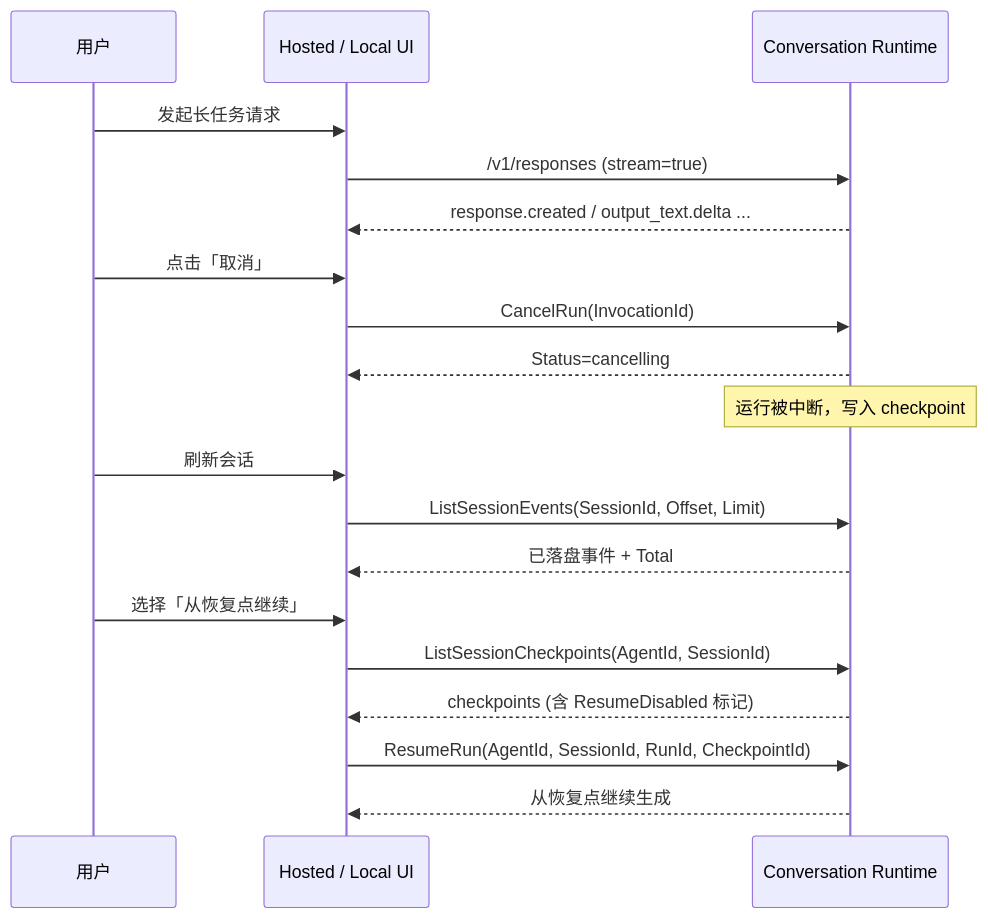
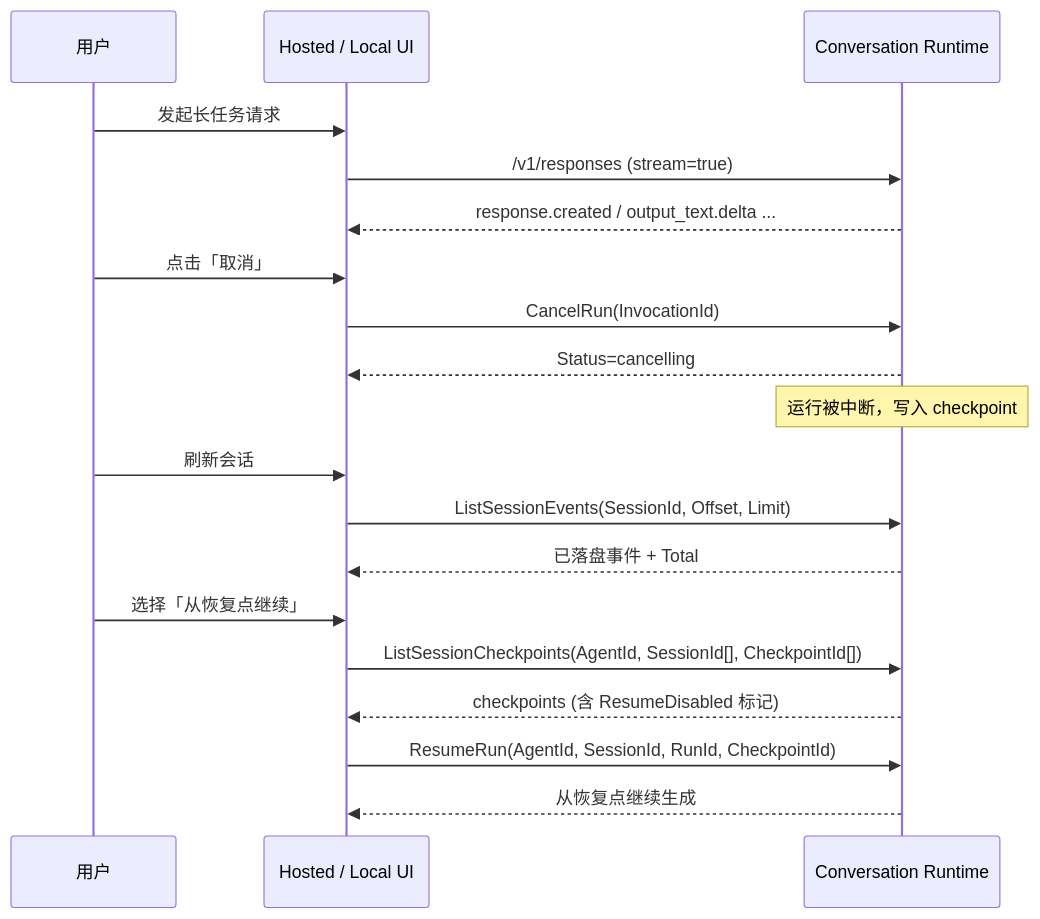
One commit to kingsoftcloud/ksadk-python changed the fourth of 4 diagrams in docs/guides/ksadk使用文档.md. Above: the diagram before and after it, drawn with Mermaid. The commit also changed other lines of this file and 10 other files, not shown here.

Commit message:
fix(session): stabilize bounded checkpoint scans

````diff
--- a/docs/guides/ksadk使用文档.md
+++ b/docs/guides/ksadk使用文档.md
@@ -750,22 +750,22 @@
 ```mermaid
 sequenceDiagram
   participant U as 用户
   participant UI as Hosted / Local UI
   participant RT as Conversation Runtime
 
   U->>UI: 发起长任务请求
   UI->>RT: /v1/responses (stream=true)
   RT-->>UI: response.created / output_text.delta ...
   U->>UI: 点击「取消」
   UI->>RT: CancelRun(InvocationId)
   RT-->>UI: Status=cancelling
   Note over RT: 运行被中断，写入 checkpoint
   U->>UI: 刷新会话
   UI->>RT: ListSessionEvents(SessionId, Offset, Limit)
   RT-->>UI: 已落盘事件 + Total
   U->>UI: 选择「从恢复点继续」
-  UI->>RT: ListSessionCheckpoints(AgentId, SessionId)
+  UI->>RT: ListSessionCheckpoints(AgentId, SessionId[], CheckpointId[])
   RT-->>UI: checkpoints (含 ResumeDisabled 标记)
   UI->>RT: ResumeRun(AgentId, SessionId, RunId, CheckpointId)
   RT-->>UI: 从恢复点继续生成
 ```
````
